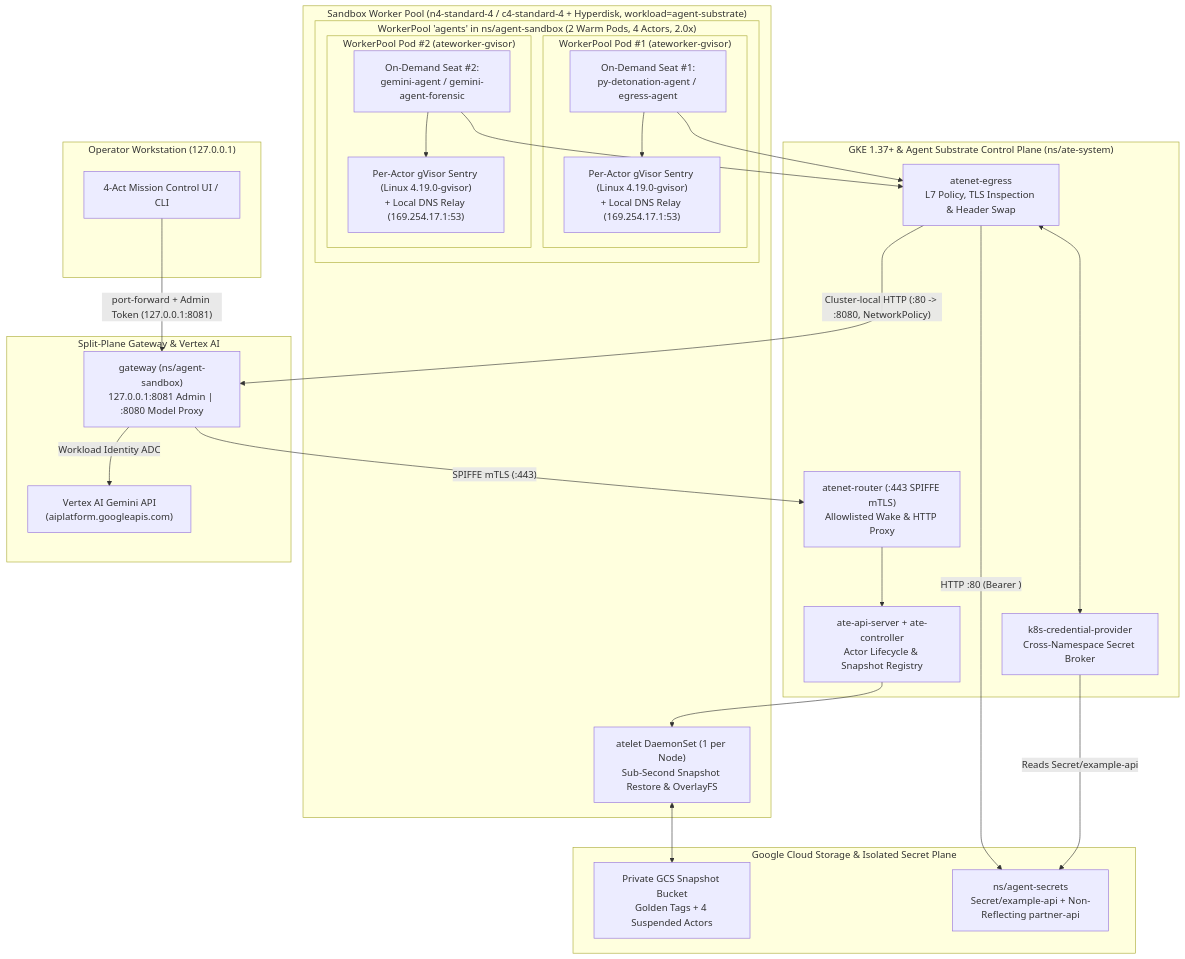
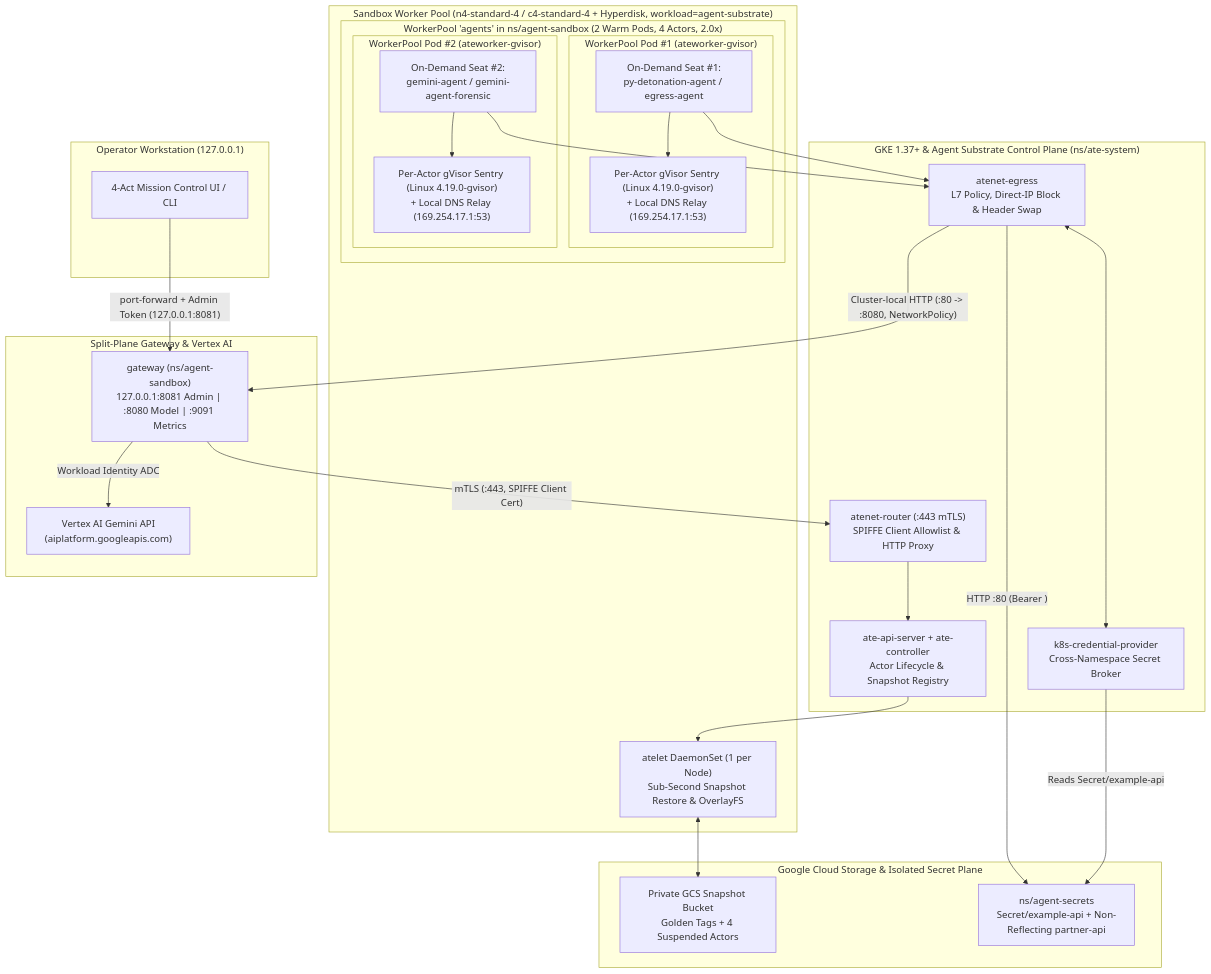
Before and after one commit to GoogleCloudPlatform/accelerated-platforms: the diagram in docs/platforms/gke/base/use-cases/agent-substrate-security-demo/README.md, drawn with Mermaid. The commit also changed other lines of this file and 69 other files, not shown here.

````diff
--- a/docs/platforms/gke/base/use-cases/agent-substrate-security-demo/README.md
+++ b/docs/platforms/gke/base/use-cases/agent-substrate-security-demo/README.md
@@ -36,52 +36,52 @@
 ```mermaid
 flowchart TB
   subgraph Client["Operator Workstation (127.0.0.1)"]
     UI["4-Act Mission Control UI / CLI"]
   end
 
   subgraph ControlPlane["GKE 1.37+ & Agent Substrate Control Plane (ns/ate-system)"]
-    Router["atenet-router (:443 SPIFFE mTLS)<br/>Allowlisted Wake & HTTP Proxy"]
+    Router["atenet-router (:443 mTLS)<br/>SPIFFE Client Allowlist & HTTP Proxy"]
     API["ate-api-server + ate-controller<br/>Actor Lifecycle & Snapshot Registry"]
     CredProv["k8s-credential-provider<br/>Cross-Namespace Secret Broker"]
-    Egress["atenet-egress<br/>L7 Policy, TLS Inspection & Header Swap"]
+    Egress["atenet-egress<br/>L7 Policy, Direct-IP Block & Header Swap"]
   end
 
   subgraph WorkerNodes["Sandbox Worker Pool (n4-standard-4 / c4-standard-4 + Hyperdisk, workload=agent-substrate)"]
     Atelet["atelet DaemonSet (1 per Node)<br/>Sub-Second Snapshot Restore & OverlayFS"]
     subgraph WorkerPool["WorkerPool 'agents' in ns/agent-sandbox (2 Warm Pods, 4 Actors, 2.0x)"]
       subgraph WorkerPod1["WorkerPool Pod #1 (ateworker-gvisor)"]
         Sentry1["Per-Actor gVisor Sentry (Linux 4.19.0-gvisor)<br/>+ Local DNS Relay (169.254.17.1:53)"]
         ActiveSlot1["On-Demand Seat #1:<br/>py-detonation-agent / egress-agent"]
       end
       subgraph WorkerPod2["WorkerPool Pod #2 (ateworker-gvisor)"]
         Sentry2["Per-Actor gVisor Sentry (Linux 4.19.0-gvisor)<br/>+ Local DNS Relay (169.254.17.1:53)"]
         ActiveSlot2["On-Demand Seat #2:<br/>gemini-agent / gemini-agent-forensic"]
       end
     end
   end
 
   subgraph GatewayPlane["Split-Plane Gateway & Vertex AI"]
-    Gateway["gateway (ns/agent-sandbox)<br/>127.0.0.1:8081 Admin | :8080 Model Proxy"]
+    Gateway["gateway (ns/agent-sandbox)<br/>127.0.0.1:8081 Admin | :8080 Model | :9091 Metrics"]
     VertexAPI["Vertex AI Gemini API<br/>(aiplatform.googleapis.com)"]
   end
 
   subgraph Storage["Google Cloud Storage & Isolated Secret Plane"]
     GCS["Private GCS Snapshot Bucket<br/>Golden Tags + 4 Suspended Actors"]
     SecretNS["ns/agent-secrets<br/>Secret/example-api + Non-Reflecting partner-api"]
   end
 
   UI -->|"port-forward + Admin Token (127.0.0.1:8081)"| Gateway
-  Gateway -->|"SPIFFE mTLS (:443)"| Router
+  Gateway -->|"mTLS (:443, SPIFFE Client Cert)"| Router
   Router --> API
   API --> Atelet
   Atelet <--> GCS
   ActiveSlot1 --> Sentry1
   ActiveSlot2 --> Sentry2
   ActiveSlot1 --> Egress
   ActiveSlot2 --> Egress
   Egress -->|"Cluster-local HTTP (:80 -> :8080, NetworkPolicy)"| Gateway
   Egress -->|"HTTP :80 (Bearer <swapped>)"| SecretNS
   Gateway -->|"Workload Identity ADC"| VertexAPI
   CredProv -->|"Reads Secret/example-api"| SecretNS
   Egress <--> CredProv
 ```
````
